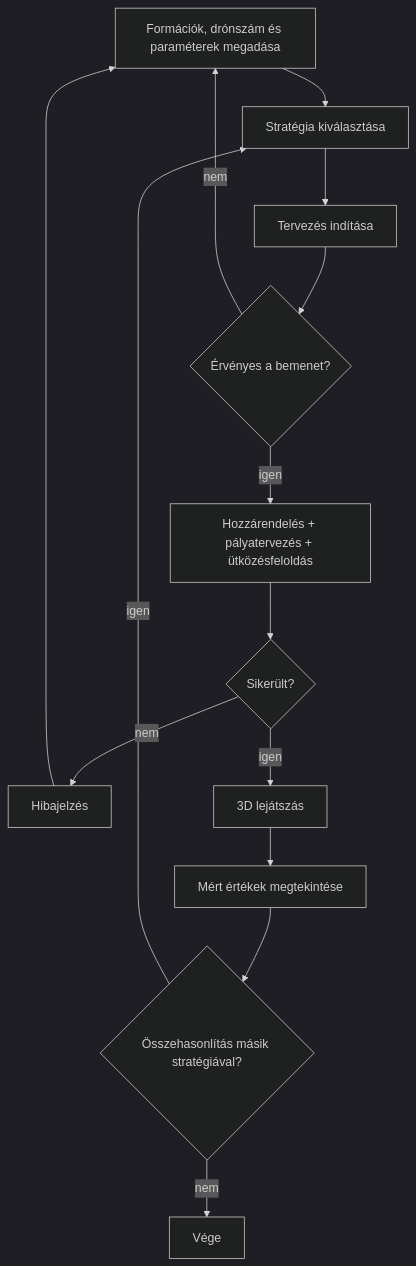
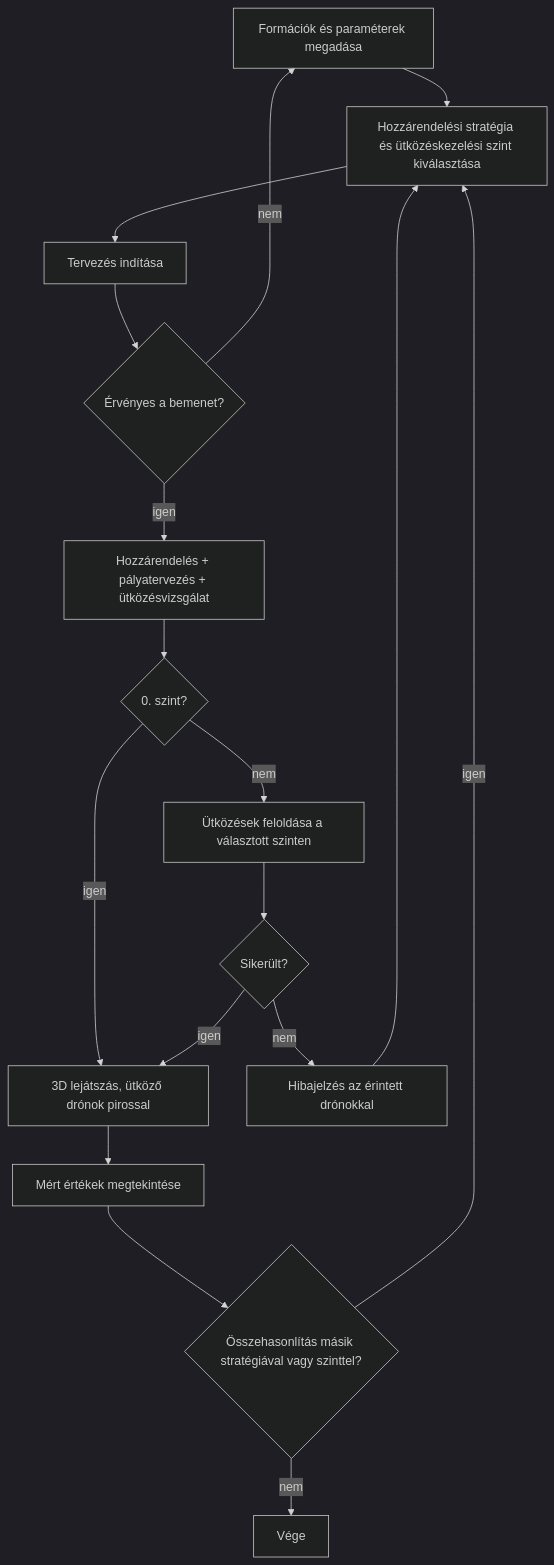
The first of 2 diagrams in 00-project/02-specification.md (ttzeteny/project-course), drawn with Mermaid (dark theme) before and after one commit. The commit also changed other lines of this file, not shown here.

````diff
--- a/00-project/02-specification.md
+++ b/00-project/02-specification.md
@@ -69,16 +79,19 @@
 ```mermaid
 flowchart TD
-  A[Formációk, drónszám és paraméterek megadása] --> B[Stratégia kiválasztása]
+  A[Formációk és paraméterek megadása] --> B[Hozzárendelési stratégia és ütközéskezelési szint kiválasztása]
   B --> C[Tervezés indítása]
   C --> D{Érvényes a bemenet?}
   D -- nem --> A
-  D -- igen --> E[Hozzárendelés + pályatervezés + ütközésfeloldás]
-  E --> F{Sikerült?}
-  F -- nem --> G[Hibajelzés]
-  G --> A
-  F -- igen --> H[3D lejátszás]
+  D -- igen --> E[Hozzárendelés + pályatervezés + ütközésvizsgálat]
+  E --> L{0. szint?}
+  L -- igen --> H[3D lejátszás, ütköző drónok pirossal]
+  L -- nem --> R[Ütközések feloldása a választott szinten]
+  R --> F{Sikerült?}
+  F -- nem --> G[Hibajelzés az érintett drónokkal]
+  G --> B
+  F -- igen --> H
   H --> I[Mért értékek megtekintése]
-  I --> J{Összehasonlítás másik stratégiával?}
+  I --> J{Összehasonlítás másik stratégiával vagy szinttel?}
   J -- igen --> B
   J -- nem --> K[Vége]
 ```
````
